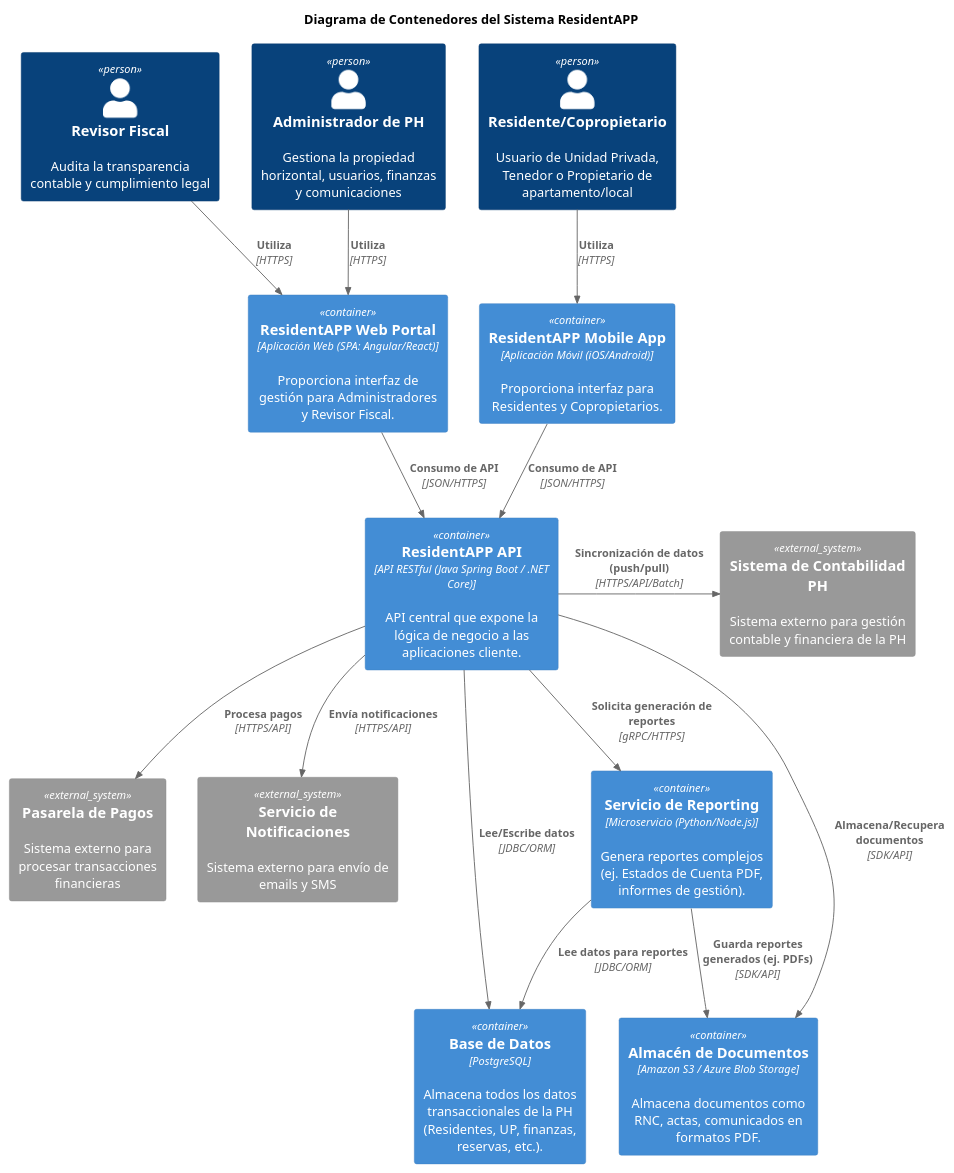
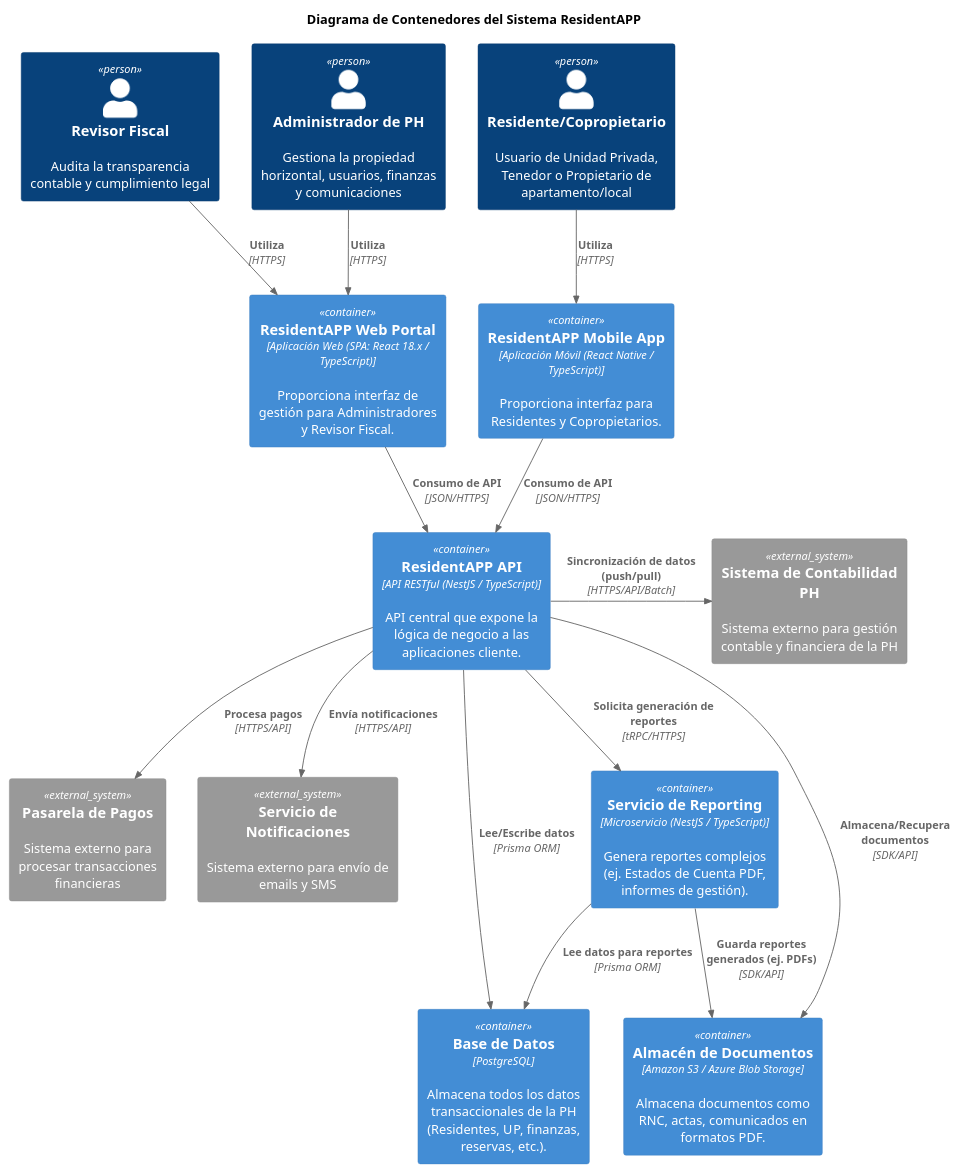
Before and after one commit to daniblago/sdd-tdd-framework: the second of 4 diagrams in workspaces/residentapp/docs/architecture/context.md, drawn with PlantUML. The commit also changed other lines of this file and 7 other files, not shown here.

````diff
--- a/workspaces/residentapp/docs/architecture/context.md
+++ b/workspaces/residentapp/docs/architecture/context.md
@@ -111,43 +111,43 @@
 ```plantuml
 @startuml
 !include https://raw.githubusercontent.com/plantuml-stdlib/C4-PlantUML/master/C4_Container.puml
 
 skinparam Ls "Container"
 
 title Diagrama de Contenedores del Sistema ResidentAPP
 
 Person(residente, "Residente/Copropietario", "Usuario de Unidad Privada, Tenedor o Propietario de apartamento/local")
 Person(administrador, "Administrador de PH", "Gestiona la propiedad horizontal, usuarios, finanzas y comunicaciones")
 Person(revisor_fiscal, "Revisor Fiscal", "Audita la transparencia contable y cumplimiento legal")
 
 System_Ext(payment_gateway, "Pasarela de Pagos", "Sistema externo para procesar transacciones financieras")
 System_Ext(notification_service, "Servicio de Notificaciones", "Sistema externo para envío de emails y SMS")
 System_Ext(accounting_system, "Sistema de Contabilidad PH", "Sistema externo para gestión contable y financiera de la PH")
 
-Container(web_app_admin, "ResidentAPP Web Portal", "Aplicación Web (SPA: Angular/React)", "Proporciona interfaz de gestión para Administradores y Revisor Fiscal.")
-Container(mobile_app_residente, "ResidentAPP Mobile App", "Aplicación Móvil (iOS/Android)", "Proporciona interfaz para Residentes y Copropietarios.")
-Container(api_gateway, "ResidentAPP API", "API RESTful (Java Spring Boot / .NET Core)", "API central que expone la lógica de negocio a las aplicaciones cliente.")
+Container(web_app_admin, "ResidentAPP Web Portal", "Aplicación Web (SPA: React 18.x / TypeScript)", "Proporciona interfaz de gestión para Administradores y Revisor Fiscal.")
+Container(mobile_app_residente, "ResidentAPP Mobile App", "Aplicación Móvil (React Native / TypeScript)", "Proporciona interfaz para Residentes y Copropietarios.")
+Container(api_gateway, "ResidentAPP API", "API RESTful (NestJS / TypeScript)", "API central que expone la lógica de negocio a las aplicaciones cliente.")
 Container(database, "Base de Datos", "PostgreSQL", "Almacena todos los datos transaccionales de la PH (Residentes, UP, finanzas, reservas, etc.).")
 Container(document_storage, "Almacén de Documentos", "Amazon S3 / Azure Blob Storage", "Almacena documentos como RNC, actas, comunicados en formatos PDF.")
-Container(reporting_service, "Servicio de Reporting", "Microservicio (Python/Node.js)", "Genera reportes complejos (ej. Estados de Cuenta PDF, informes de gestión).")
+Container(reporting_service, "Servicio de Reporting", "Microservicio (NestJS / TypeScript)", "Genera reportes complejos (ej. Estados de Cuenta PDF, informes de gestión).")
 
 Rel(residente, mobile_app_residente, "Utiliza", "HTTPS")
 Rel(mobile_app_residente, api_gateway, "Consumo de API", "JSON/HTTPS")
 
 Rel(administrador, web_app_admin, "Utiliza", "HTTPS")
 Rel(revisor_fiscal, web_app_admin, "Utiliza", "HTTPS")
 Rel(web_app_admin, api_gateway, "Consumo de API", "JSON/HTTPS")
 
-Rel(api_gateway, database, "Lee/Escribe datos", "JDBC/ORM")
+Rel(api_gateway, database, "Lee/Escribe datos", "Prisma ORM")
 Rel(api_gateway, document_storage, "Almacena/Recupera documentos", "SDK/API")
 Rel(api_gateway, payment_gateway, "Procesa pagos", "HTTPS/API")
 Rel(api_gateway, notification_service, "Envía notificaciones", "HTTPS/API")
-Rel(api_gateway, reporting_service, "Solicita generación de reportes", "gRPC/HTTPS")
+Rel(api_gateway, reporting_service, "Solicita generación de reportes", "tRPC/HTTPS")
 
-Rel(reporting_service, database, "Lee datos para reportes", "JDBC/ORM")
+Rel(reporting_service, database, "Lee datos para reportes", "Prisma ORM")
 Rel(reporting_service, document_storage, "Guarda reportes generados (ej. PDFs)", "SDK/API")
 
 Rel_R(api_gateway, accounting_system, "Sincronización de datos (push/pull)", "HTTPS/API/Batch")
 
 @enduml
 ```
````
